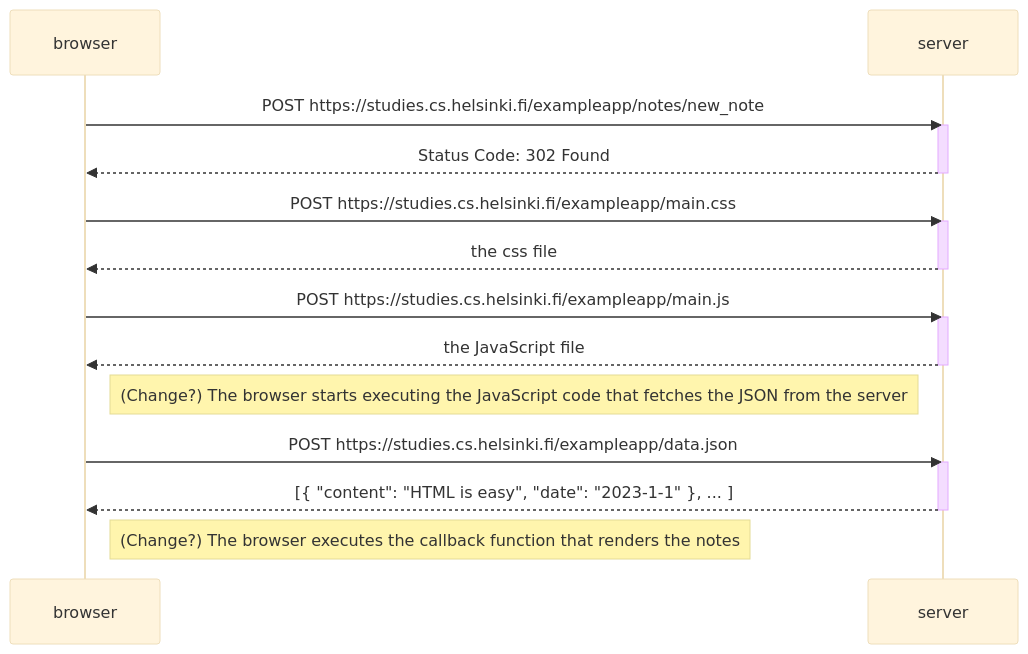
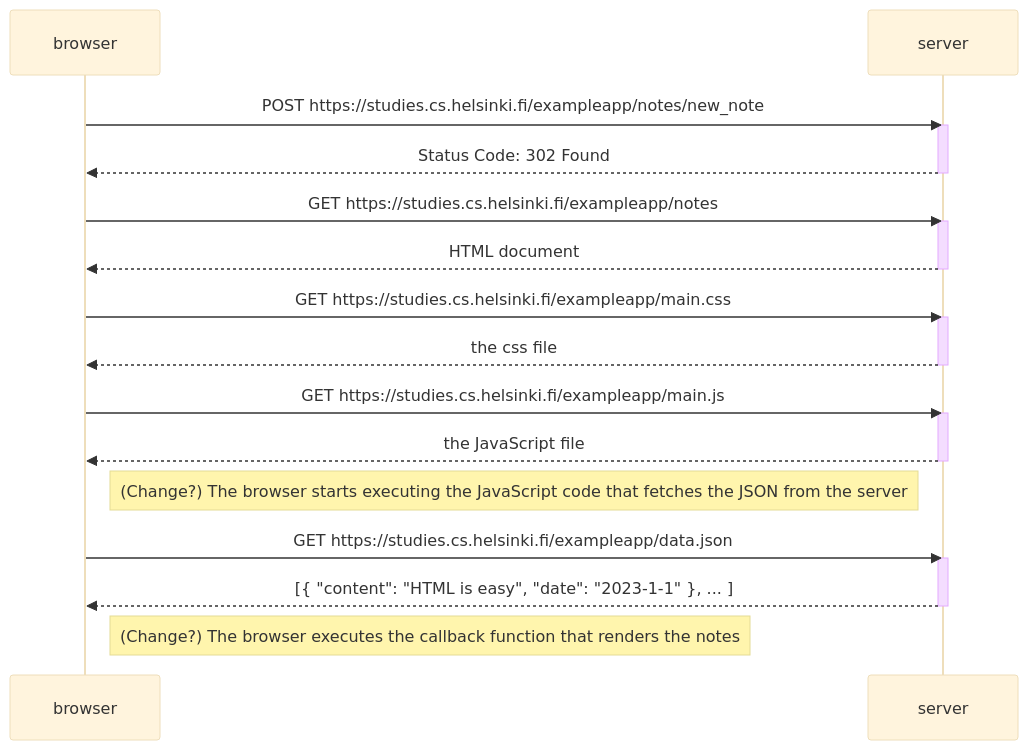
The diagram in part 0/new-note-diagram-[0.4].md (aleks8/fullstackopen), drawn with Mermaid (base theme) before and after one commit.

````diff
--- a/part 0/new-note-diagram-[0.4].md
+++ b/part 0/new-note-diagram-[0.4].md
@@ -1,29 +1,34 @@
 ```mermaid
 sequenceDiagram
     participant browser
     participant server
 
     browser->>server: POST https://studies.cs.helsinki.fi/exampleapp/notes/new_note
     activate server
     server-->>browser: Status Code: 302 Found
     deactivate server
 
-    browser->>server: POST https://studies.cs.helsinki.fi/exampleapp/main.css
+    browser->>server: GET https://studies.cs.helsinki.fi/exampleapp/notes
+    activate server
+    server-->>browser: HTML document
+    deactivate server
+
+    browser->>server: GET https://studies.cs.helsinki.fi/exampleapp/main.css
     activate server
     server-->>browser: the css file
     deactivate server
 
-    browser->>server: POST https://studies.cs.helsinki.fi/exampleapp/main.js
+    browser->>server: GET https://studies.cs.helsinki.fi/exampleapp/main.js
     activate server
     server-->>browser: the JavaScript file
     deactivate server
 
     Note right of browser: (Change?) The browser starts executing the JavaScript code that fetches the JSON from the server
 
-    browser->>server: POST https://studies.cs.helsinki.fi/exampleapp/data.json
+    browser->>server: GET https://studies.cs.helsinki.fi/exampleapp/data.json
     activate server
     server-->>browser: [{ "content": "HTML is easy", "date": "2023-1-1" }, ... ]
     deactivate server
 
     Note right of browser: (Change?) The browser executes the callback function that renders the notes
 ```
````
